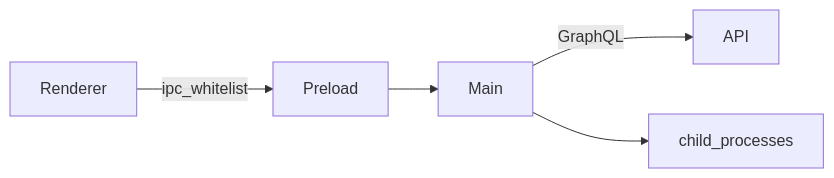
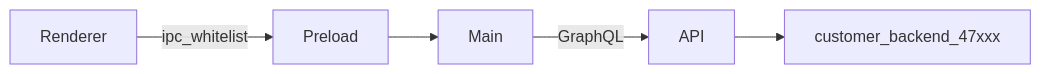
One commit to emrahyasinisik/Cherry changed the second of 2 diagrams in docs/desktop.md. Above: the diagram before and after it, drawn with Mermaid. The commit also changed other lines of this file and 42 other files, not shown here.

````diff
--- a/docs/desktop.md
+++ b/docs/desktop.md
@@ -32,7 +32,7 @@
 ```mermaid
 flowchart LR
   Renderer -->|ipc_whitelist| Preload
   Preload --> Main
   Main -->|GraphQL| API
-  Main --> Child[child_processes]
+  API --> Child[customer_backend_47xxx]
 ```
````
